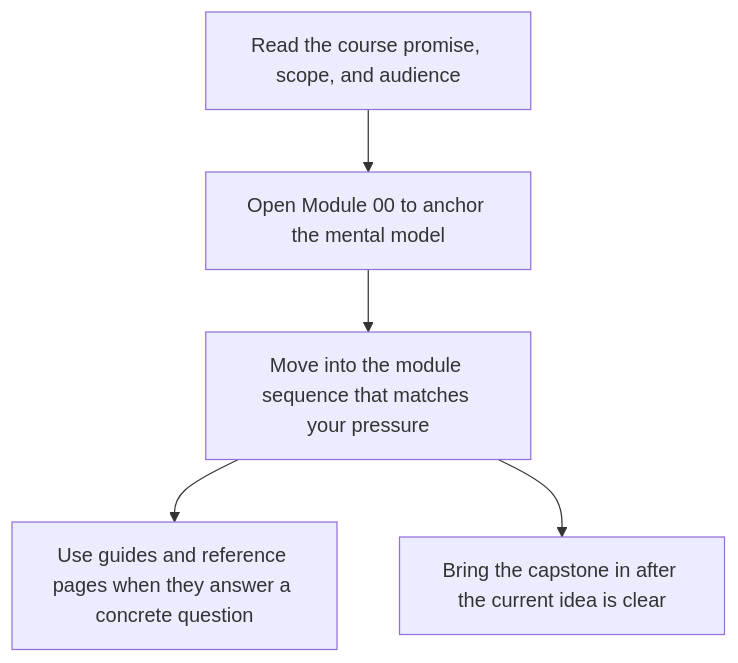
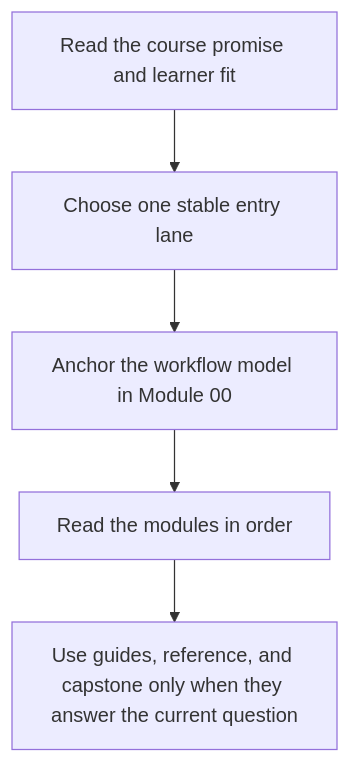
The second of 2 diagrams in programs/reproducible-research/deep-dive-snakemake/course-book/index.md (bijux/bijux-masterclass), drawn with Mermaid before and after one commit. The commit also changed other lines of this file, not shown here.

Commit message:
docs(deep-dive-snakemake): clarify learner entry routes

````diff
--- a/programs/reproducible-research/deep-dive-snakemake/course-book/index.md
+++ b/programs/reproducible-research/deep-dive-snakemake/course-book/index.md
@@ -19,7 +18,7 @@
 ```mermaid
 flowchart TD
-  promise["Read the course promise, scope, and audience"] --> orientation["Open Module 00 to anchor the mental model"]
-  orientation --> modules["Move into the module sequence that matches your pressure"]
-  modules --> support["Use guides and reference pages when they answer a concrete question"]
-  modules --> capstone["Bring the capstone in after the current idea is clear"]
+  promise["Read the course promise and learner fit"] --> route["Choose one stable entry lane"]
+  route --> orientation["Anchor the workflow model in Module 00"]
+  orientation --> modules["Read the modules in order"]
+  modules --> proof["Use guides, reference, and capstone only when they answer the current question"]
 ```
````
